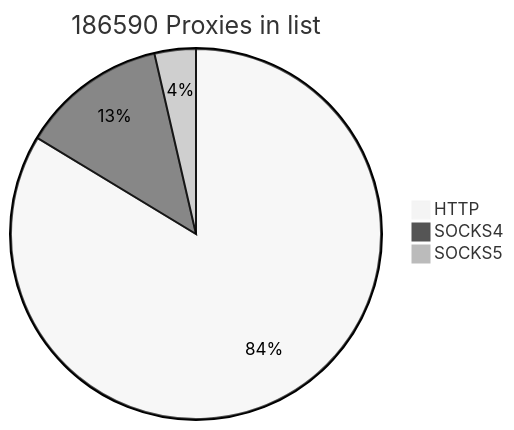
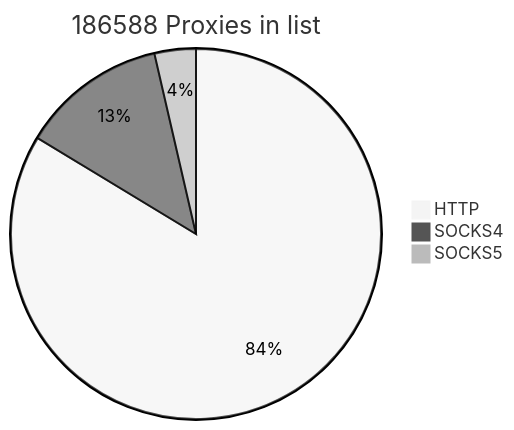
The first of 2 diagrams in README.md (cutipu/proxylist), drawn with Mermaid (neutral theme) before and after one commit. The commit also changed other lines of this file, not shown here.

````diff
--- a/README.md
+++ b/README.md
@@ -2,7 +2,7 @@
 ```mermaid
-pie title 186590 Proxies in list
-    "HTTP" : 156109
-    "SOCKS4" : 23751
-    "SOCKS5" : 6730
+pie title 186588 Proxies in list
+    "HTTP" : 156108
+    "SOCKS4" : 23748
+    "SOCKS5" : 6732
             
 ```
````
